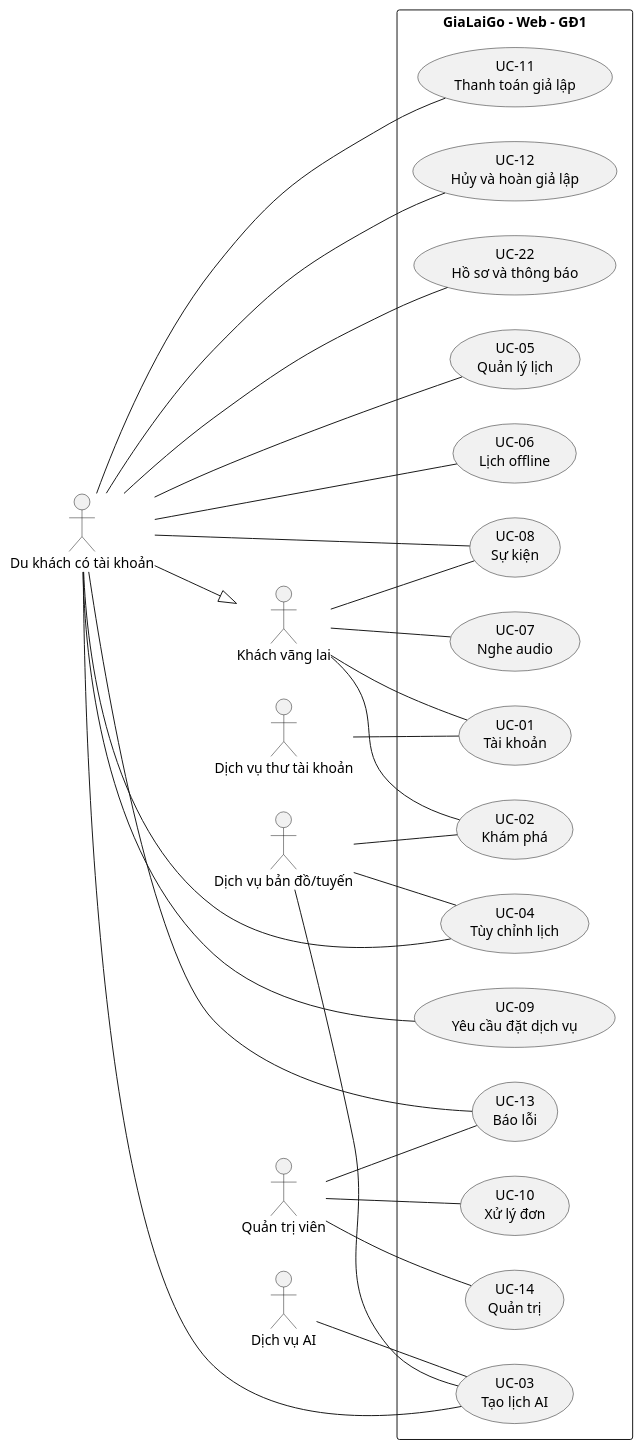
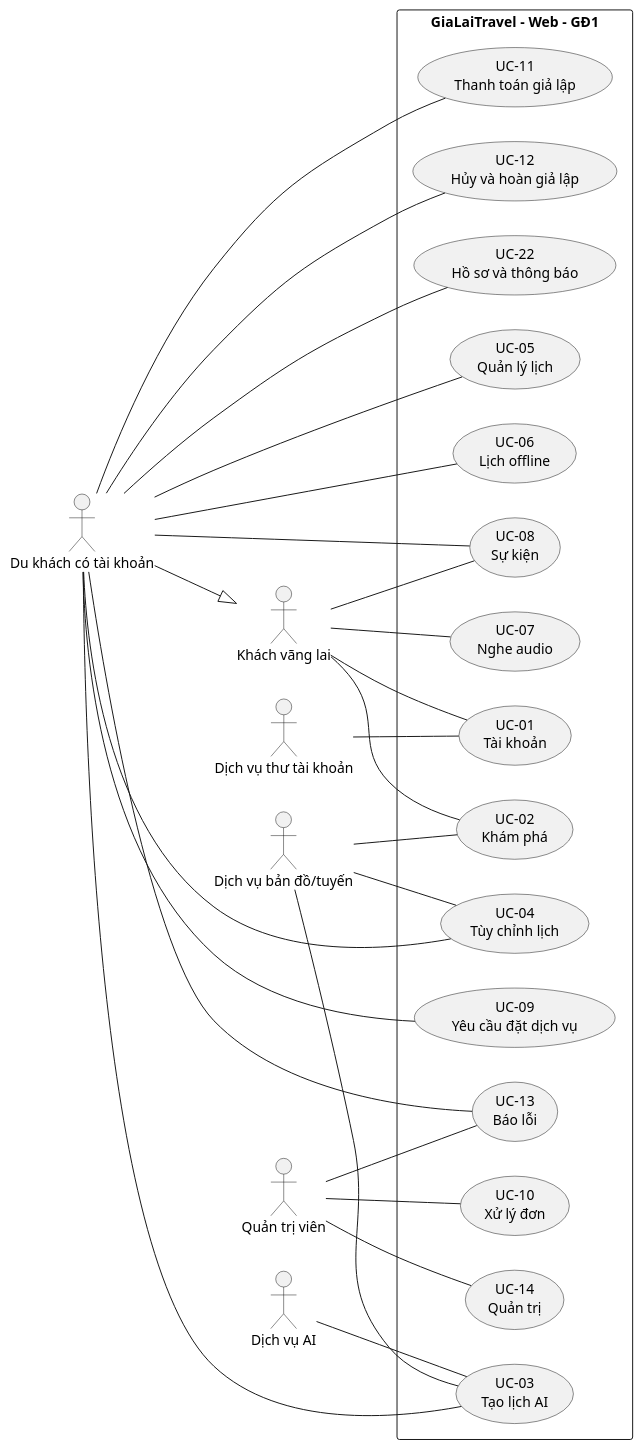
Before and after one commit to YangKlee/GiaLai-Travel: the first of 2 diagrams in docs/srs/03-usecase-diagram.md, drawn with PlantUML. The commit also changed other lines of this file and 4 other files, not shown here.

````diff
--- a/docs/srs/03-usecase-diagram.md
+++ b/docs/srs/03-usecase-diagram.md
@@ -32,52 +32,52 @@
 ```plantuml
 @startuml
 left to right direction
 skinparam packageStyle rectangle
 actor "Khách vãng lai" as Guest
 actor "Du khách có tài khoản" as Tourist
 actor "Quản trị viên" as Admin
 actor "Dịch vụ AI" as AI
 actor "Dịch vụ bản đồ/tuyến" as Maps
 actor "Dịch vụ thư tài khoản" as Mail
 Tourist --|> Guest
-rectangle "GiaLaiGo - Web - GĐ1" {
+rectangle "GiaLaiTravel - Web - GĐ1" {
   usecase "UC-01\nTài khoản" as U1
   usecase "UC-02\nKhám phá" as U2
   usecase "UC-03\nTạo lịch AI" as U3
   usecase "UC-04\nTùy chỉnh lịch" as U4
   usecase "UC-05\nQuản lý lịch" as U5
   usecase "UC-06\nLịch offline" as U6
   usecase "UC-07\nNghe audio" as U7
   usecase "UC-08\nSự kiện" as U8
   usecase "UC-09\nYêu cầu đặt dịch vụ" as U9
   usecase "UC-10\nXử lý đơn" as U10
   usecase "UC-11\nThanh toán giả lập" as U11
   usecase "UC-12\nHủy và hoàn giả lập" as U12
   usecase "UC-13\nBáo lỗi" as U13
   usecase "UC-14\nQuản trị" as U14
   usecase "UC-22\nHồ sơ và thông báo" as U22
 }
 Guest -- U1
 Guest -- U2
 Guest -- U7
 Guest -- U8
 Tourist -- U3
 Tourist -- U4
 Tourist -- U5
 Tourist -- U6
 Tourist -- U8
 Tourist -- U9
 Tourist -- U11
 Tourist -- U12
 Tourist -- U13
 Tourist -- U22
 Admin -- U10
 Admin -- U13
 Admin -- U14
 AI -- U3
 Maps -- U2
 Maps -- U3
 Maps -- U4
 Mail -- U1
 @enduml
 ```
````
